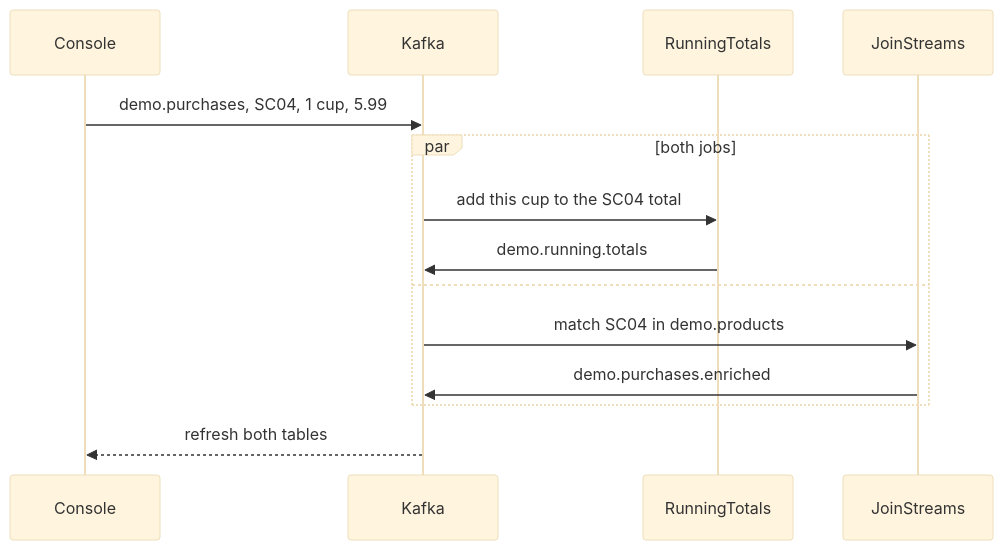
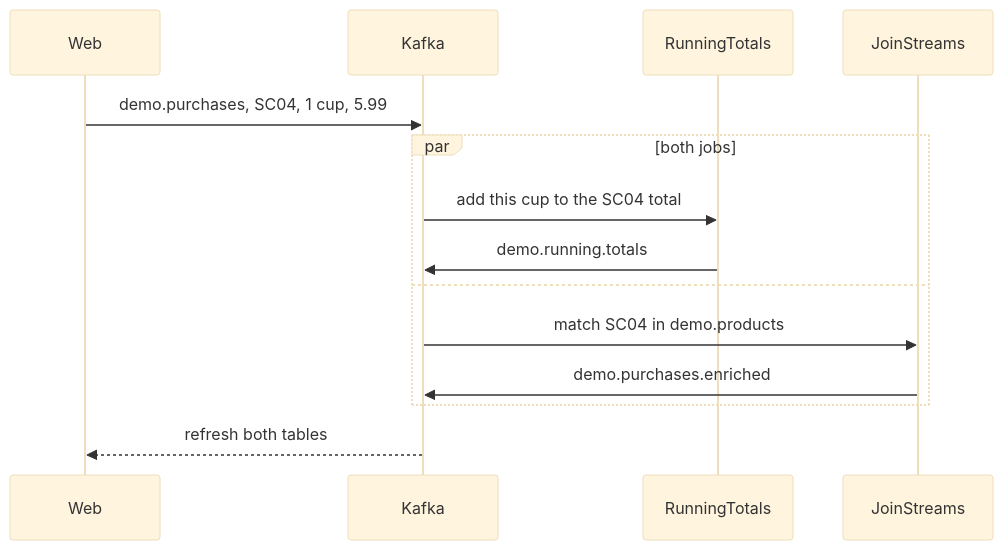
The second of 4 diagrams in README.md (fanqingsong/flink-kafka-demo), drawn with Mermaid (base theme) before and after one commit. The commit also changed other lines of this file and 6 other files, not shown here.

Commit message:
Rename the browser app from console to web so it is not mistaken for Kafka's CLI tools.

````diff
--- a/README.md
+++ b/README.md
@@ -34,17 +34,17 @@
 ```mermaid
 sequenceDiagram
-  participant Console
+  participant Web
   participant Kafka
   participant RunningTotals
   participant JoinStreams
 
-  Console->>Kafka: demo.purchases, SC04, 1 cup, 5.99
+  Web->>Kafka: demo.purchases, SC04, 1 cup, 5.99
   par both jobs
     Kafka->>RunningTotals: add this cup to the SC04 total
     RunningTotals->>Kafka: demo.running.totals
   and
     Kafka->>JoinStreams: match SC04 in demo.products
     JoinStreams->>Kafka: demo.purchases.enriched
   end
-  Kafka-->>Console: refresh both tables
+  Kafka-->>Web: refresh both tables
 ```
````
